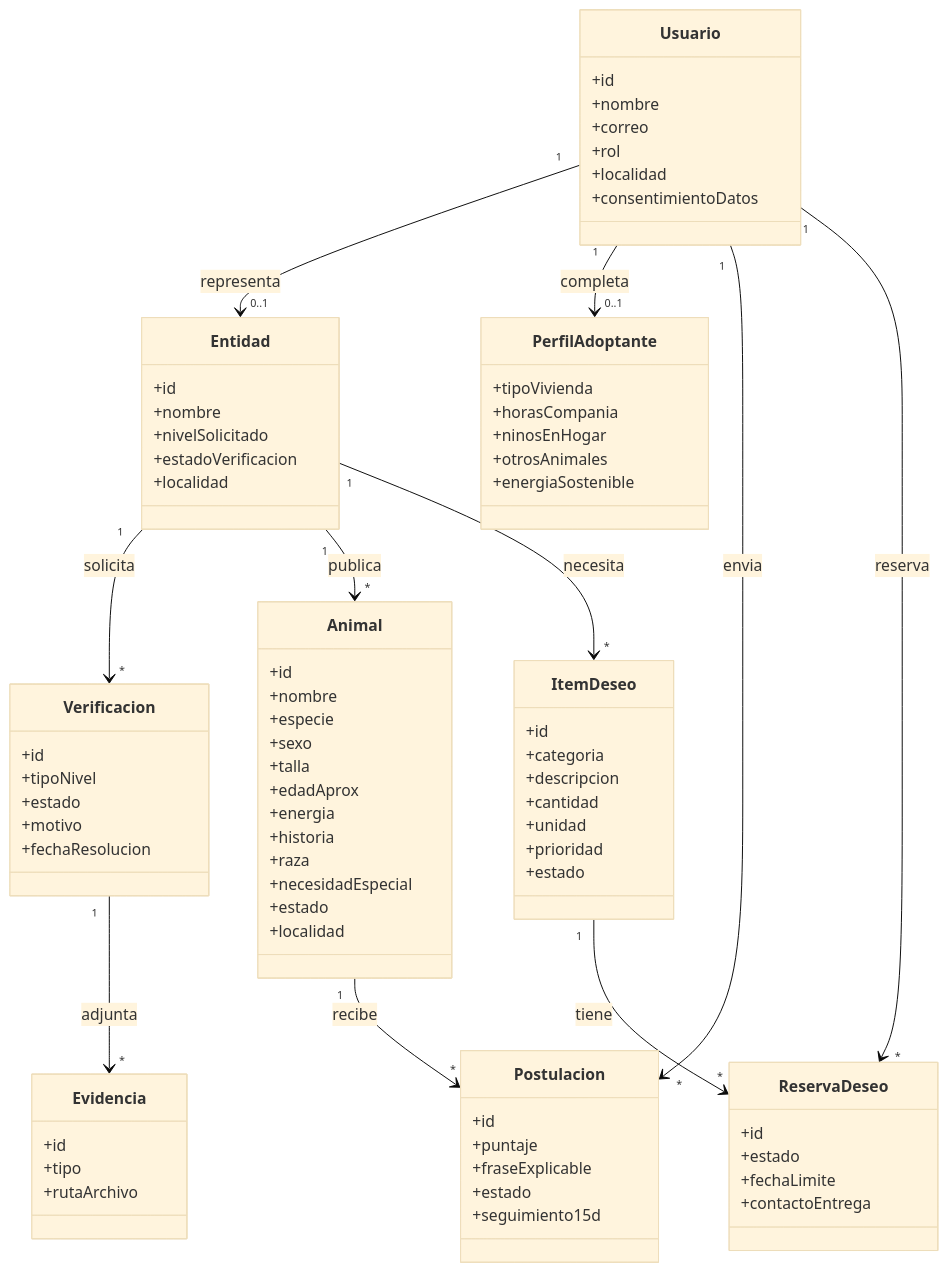
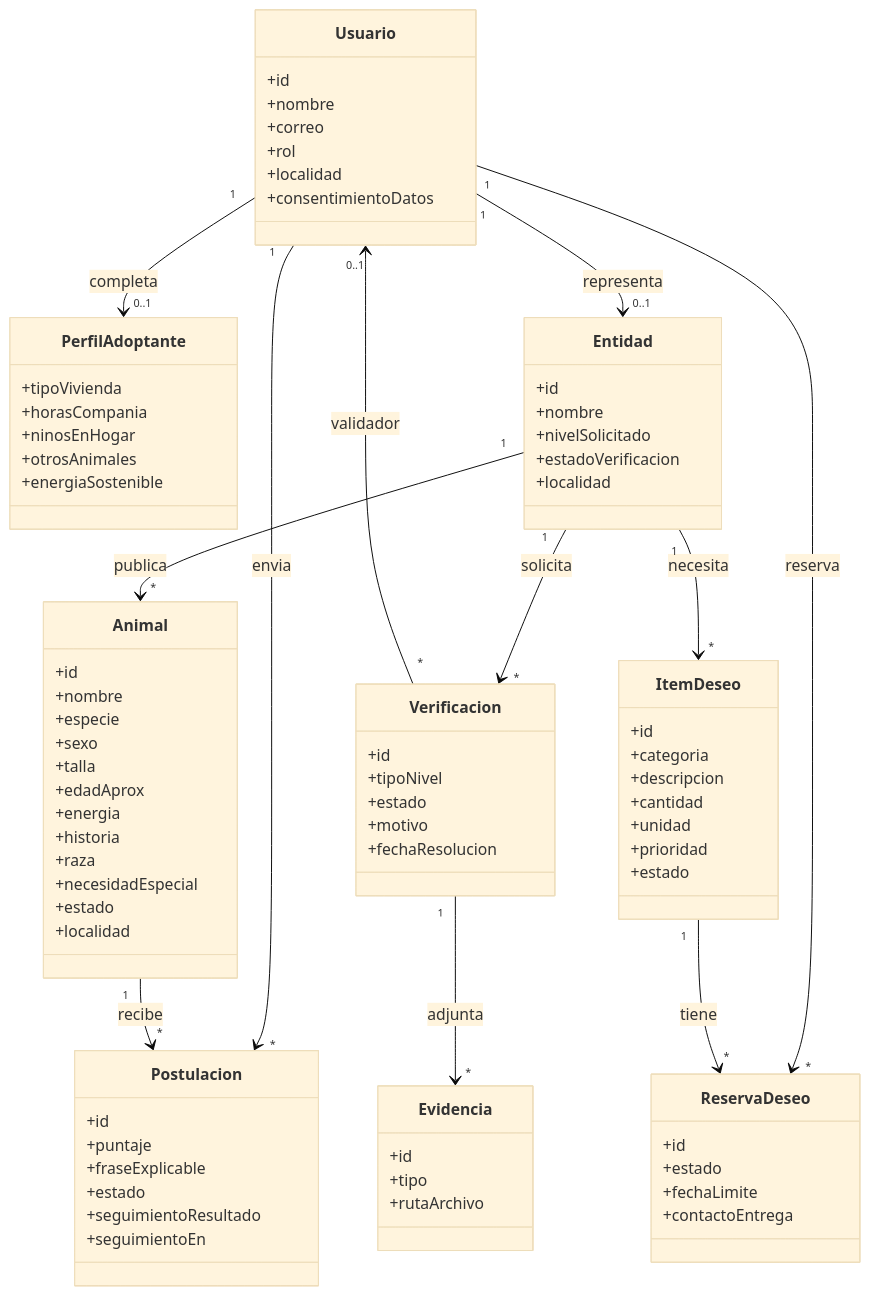
Before and after one commit to juliodparada-bit/plataforma-refugios-fauna-domestica-bogota: the ninth of 14 diagrams in documentacion/02-planeacion-y-diseno/2.2-uml.md, drawn with Mermaid (base theme). The commit also changed other lines of this file and 93 other files, not shown here.

```diff
--- a/documentacion/02-planeacion-y-diseno/2.2-uml.md
+++ b/documentacion/02-planeacion-y-diseno/2.2-uml.md
@@ -351,7 +351,8 @@
         +puntaje
         +fraseExplicable
         +estado
-        +seguimiento15d
+        +seguimientoResultado
+        +seguimientoEn
     }
 
     class ItemDeseo {
@@ -376,6 +377,7 @@
     Usuario "1" --> "*" Postulacion : envia
     Usuario "1" --> "*" ReservaDeseo : reserva
     Entidad "1" --> "*" Verificacion : solicita
+    Verificacion "*" --> "0..1" Usuario : validador
     Verificacion "1" --> "*" Evidencia : adjunta
     Entidad "1" --> "*" Animal : publica
     Entidad "1" --> "*" ItemDeseo : necesita
```
